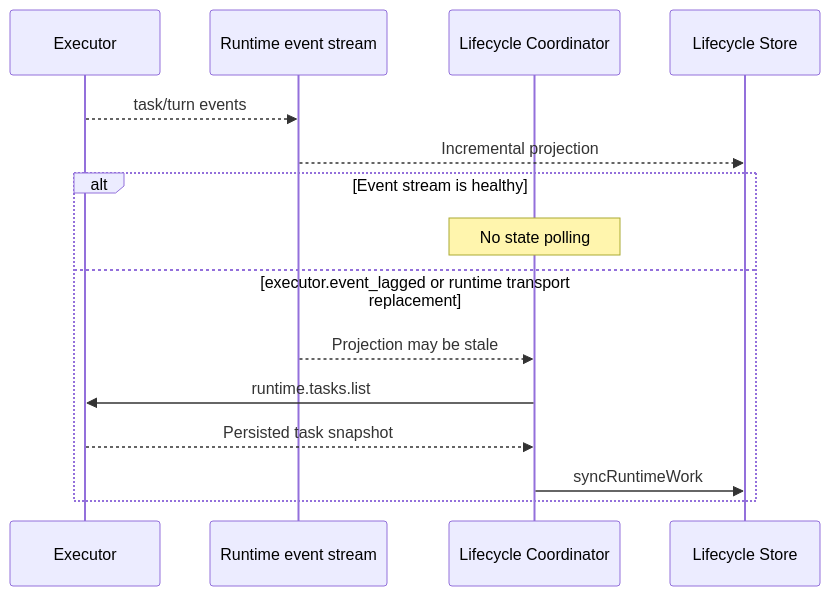
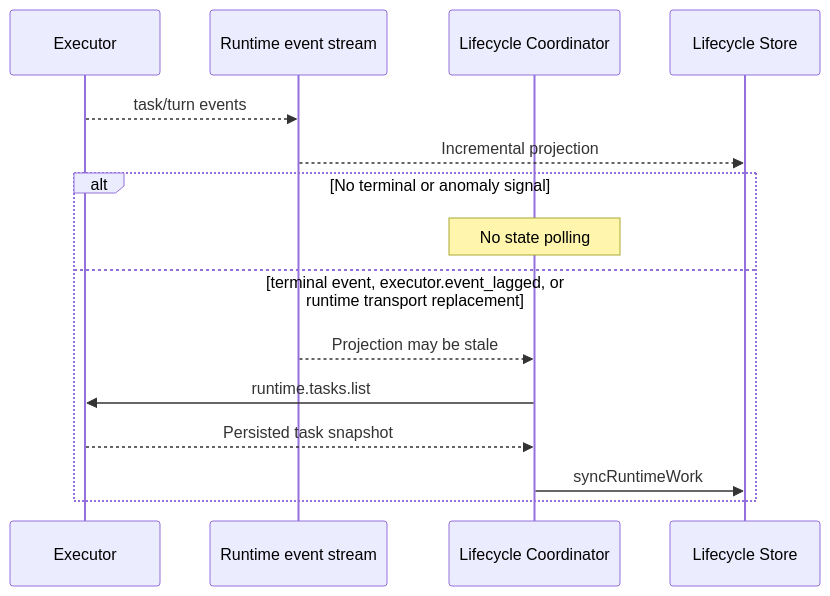
Before and after one commit to wecode-ai/Wegent: the second of 2 diagrams in docs/en/architecture/runtime-task-lifecycle-reconciliation.md, drawn with Mermaid. The commit also changed other lines of this file and 5 other files, not shown here.

Commit message:
fix(wework): reconcile terminal runtime events

````diff
--- a/docs/en/architecture/runtime-task-lifecycle-reconciliation.md
+++ b/docs/en/architecture/runtime-task-lifecycle-reconciliation.md
@@ -26,18 +26,18 @@
 ```mermaid
 sequenceDiagram
     participant E as Executor
     participant S as Runtime event stream
     participant C as Lifecycle Coordinator
     participant L as Lifecycle Store
 
     E-->>S: task/turn events
     S-->>L: Incremental projection
-    alt Event stream is healthy
+    alt No terminal or anomaly signal
         Note over C: No state polling
-    else executor.event_lagged or runtime transport replacement
+    else terminal event, executor.event_lagged, or runtime transport replacement
         S-->>C: Projection may be stale
         C->>E: runtime.tasks.list
         E-->>C: Persisted task snapshot
         C->>L: syncRuntimeWork
     end
 ```
````
